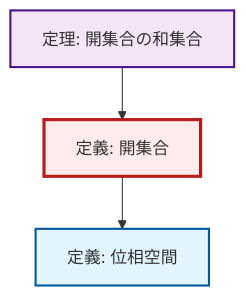
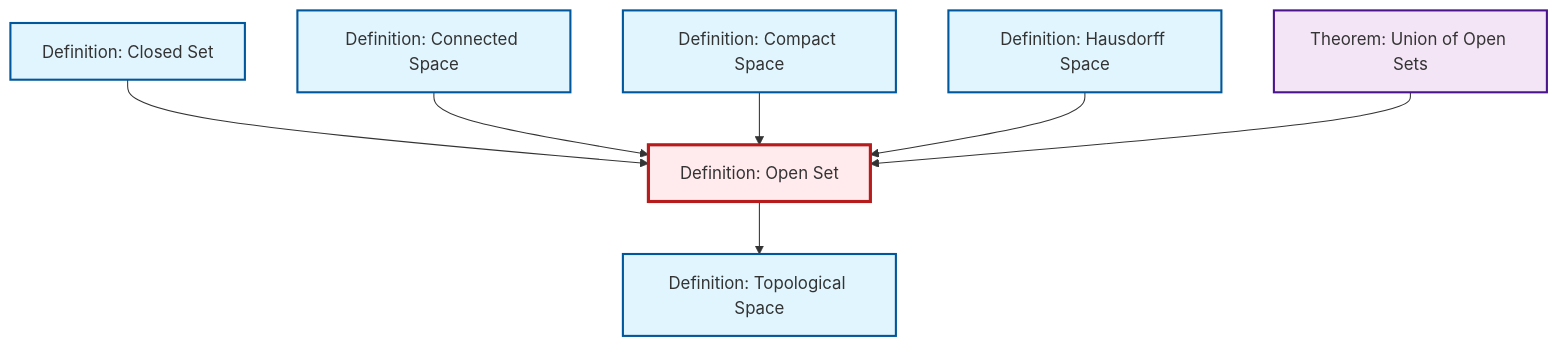
The diagram in content/ja/topology/def-open-set.qmd (RK0429/ModernMath), drawn with Mermaid before and after one commit. The commit also changed 203 other files, not shown here.

````diff
--- a/content/ja/topology/def-open-set.qmd
+++ b/content/ja/topology/def-open-set.qmd
@@ -54,18 +54,23 @@
 ```{mermaid}
-%%| fig-cap: "局所依存関係グラフ"
+%%| fig-cap: "Local dependency graph"
 graph TD
     classDef definition fill:#e1f5fe,stroke:#01579b,stroke-width:2px
     classDef theorem fill:#f3e5f5,stroke:#4a148c,stroke-width:2px
     classDef axiom fill:#fff3e0,stroke:#e65100,stroke-width:2px
     classDef example fill:#e8f5e9,stroke:#1b5e20,stroke-width:2px
     classDef current fill:#ffebee,stroke:#b71c1c,stroke-width:3px
-    def-open-set["定義: 開集合"]:::definition
-    def-topological-space["定義: 位相空間"]:::definition
-    thm-union-open-sets["定理: 開集合の和集合"]:::theorem
+    def-topological-space["Definition: Topological Space"]:::definition
+    def-closed-set["Definition: Closed Set"]:::definition
+    def-open-set["Definition: Open Set"]:::definition
+    def-hausdorff["Definition: Hausdorff Space"]:::definition
+    thm-union-open-sets["Theorem: Union of Open Sets"]:::theorem
+    def-connected["Definition: Connected Space"]:::definition
+    def-compact["Definition: Compact Space"]:::definition
+    def-closed-set --> def-open-set
+    def-connected --> def-open-set
+    def-open-set --> def-topological-space
+    def-compact --> def-open-set
+    def-hausdorff --> def-open-set
     thm-union-open-sets --> def-open-set
-    def-open-set --> def-topological-space
     class def-open-set current
-
-    click def-topological-space "def-topological-space.html" "Go to 定義: 位相空間"
-    click thm-union-open-sets "thm-union-open-sets.html" "Go to 定理: 開集合の和集合"
 ```
````
